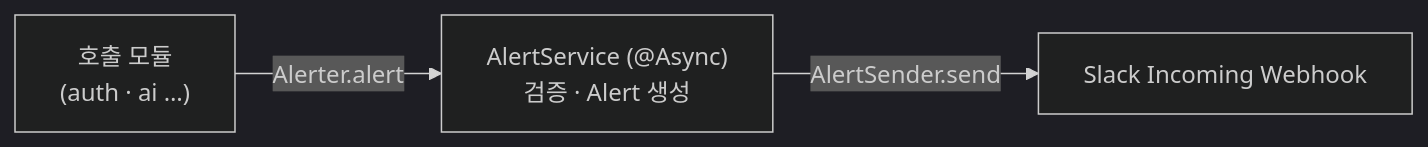
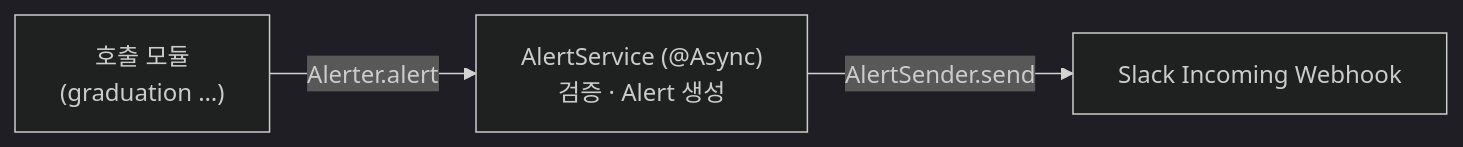
One commit to DaeSaBu/meongcoach-BE changed the diagram in docs/alert.md. Above: the diagram before and after it, drawn with Mermaid (dark theme). The commit also changed other lines of this file, not shown here.

Commit message:
docs(alert): 커밋 후 알림 호출 방식 추가

````diff
--- a/docs/alert.md
+++ b/docs/alert.md
@@ -7,5 +7,5 @@
 ```mermaid
 flowchart LR
-    Caller["호출 모듈<br/>(auth · ai …)"] -- "Alerter.alert" --> Service["AlertService (@Async)<br/>검증 · Alert 생성"]
+    Caller["호출 모듈<br/>(graduation …)"] -- "Alerter.alert" --> Service["AlertService (@Async)<br/>검증 · Alert 생성"]
     Service -- "AlertSender.send" --> Slack["Slack Incoming Webhook"]
 ```
````
